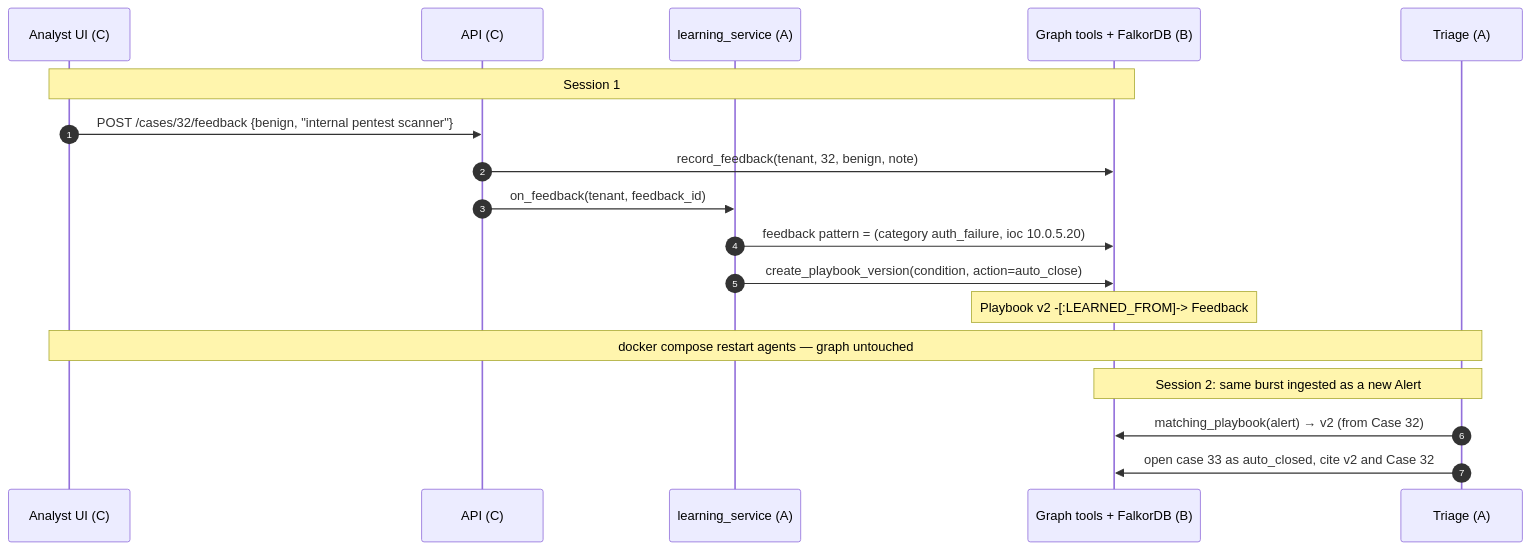
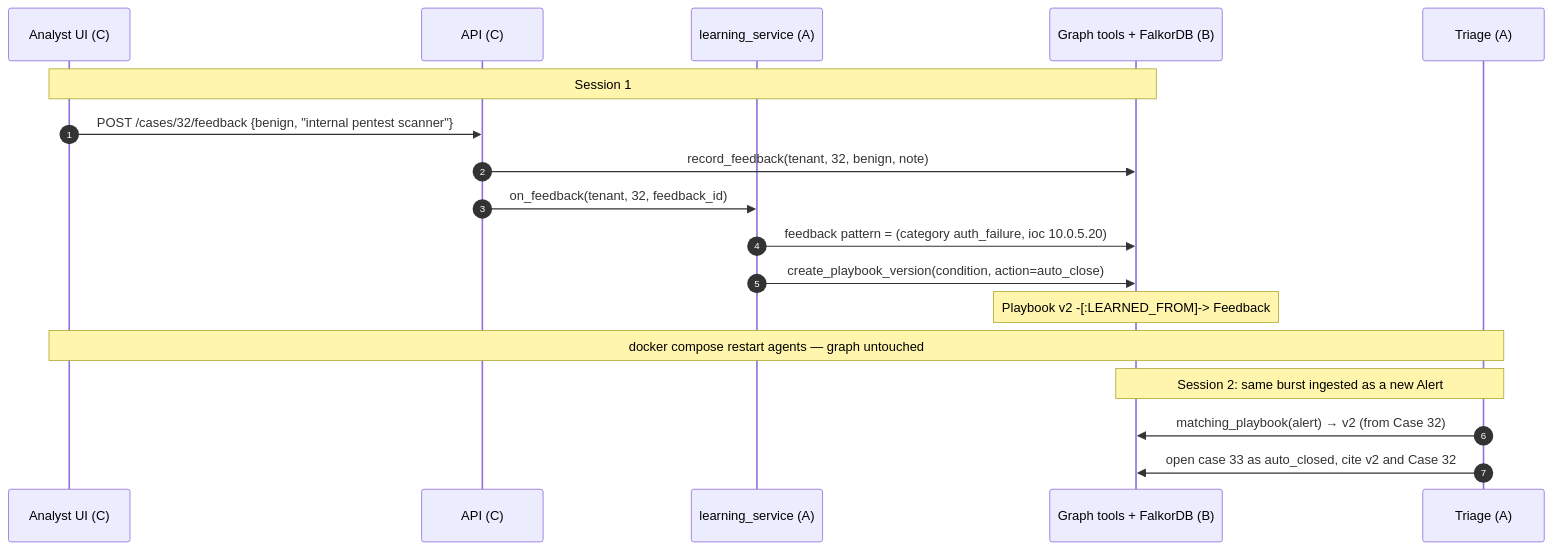
One commit to anandharshit712/Argus-SOC changed the seventh of 8 diagrams in docs/ARCHITECTURE.md. Above: the diagram before and after it, drawn with Mermaid. The commit also changed 5 other files, not shown here.

````diff
--- a/docs/ARCHITECTURE.md
+++ b/docs/ARCHITECTURE.md
@@ -335,23 +335,23 @@
 ```mermaid
 sequenceDiagram
     autonumber
     participant UI as Analyst UI (C)
     participant API as API (C)
     participant LS as learning_service (A)
     participant G as Graph tools + FalkorDB (B)
     participant TRI as Triage (A)
 
     Note over UI,G: Session 1
     UI->>API: POST /cases/32/feedback {benign, "internal pentest scanner"}
     API->>G: record_feedback(tenant, 32, benign, note)
-    API->>LS: on_feedback(tenant, feedback_id)
+    API->>LS: on_feedback(tenant, 32, feedback_id)
     LS->>G: feedback pattern = (category auth_failure, ioc 10.0.5.20)
     LS->>G: create_playbook_version(condition, action=auto_close)
     Note over G: Playbook v2 -[:LEARNED_FROM]-> Feedback
 
     Note over UI,TRI: docker compose restart agents — graph untouched
 
     Note over TRI,G: Session 2: same burst ingested as a new Alert
     TRI->>G: matching_playbook(alert) → v2 (from Case 32)
     TRI->>G: open case 33 as auto_closed, cite v2 and Case 32
 ```
````
